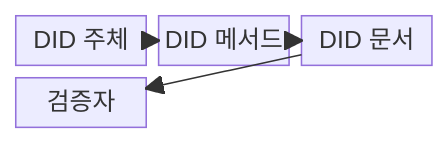
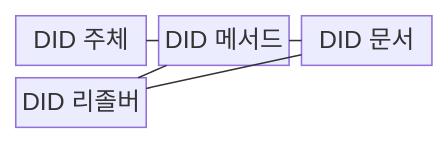
One commit to agnusdei1207/knowledge-base changed the first of 2 diagrams in src/content/docs/notes/08-latest-tech/220_did_decentralized_identifier.md. Above: the diagram before and after it, drawn with Mermaid. The commit also changed other lines of this file and 493 other files, not shown here.

````diff
--- a/src/content/docs/notes/08-latest-tech/220_did_decentralized_identifier.md
+++ b/src/content/docs/notes/08-latest-tech/220_did_decentralized_identifier.md
@@ -69,11 +69,12 @@
 ```mermaid
 block-beta
   columns 3
   A["DID 주체"]
   B["DID 메서드"]
   C["DID 문서"]
-  D["검증자"]
-  A --> B
-  B --> C
-  C --> D
+  D["DID 리졸버"]
+  A --- B
+  B --- C
+  B --- D
+  C --- D
 ```
````
